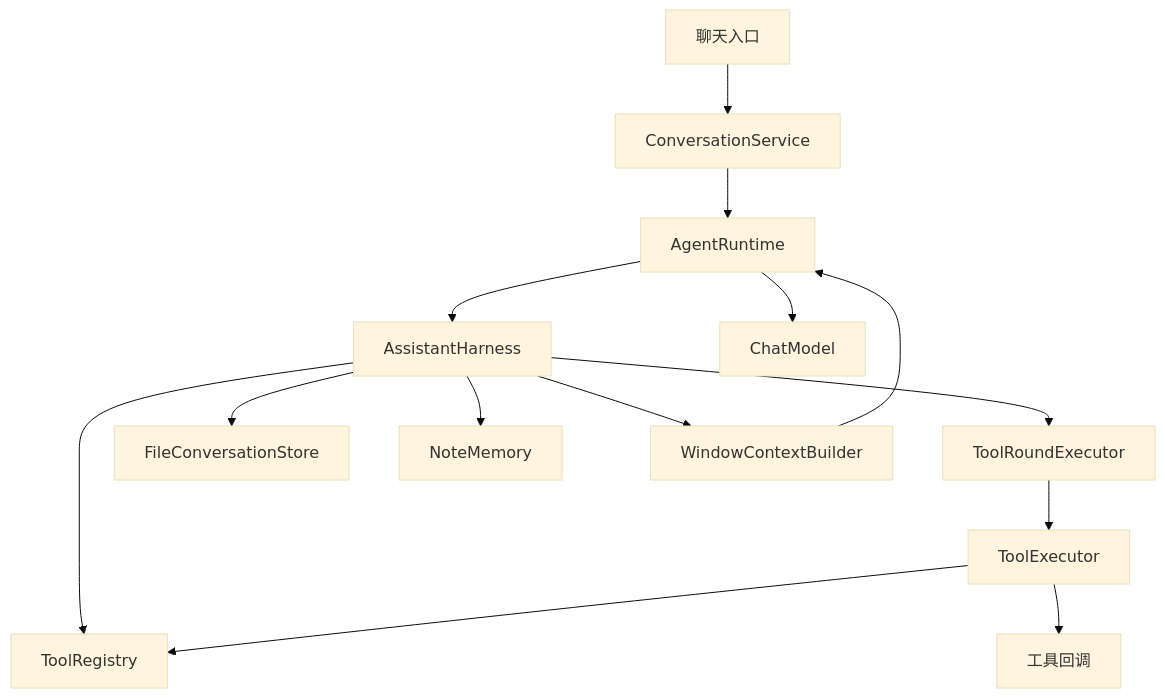
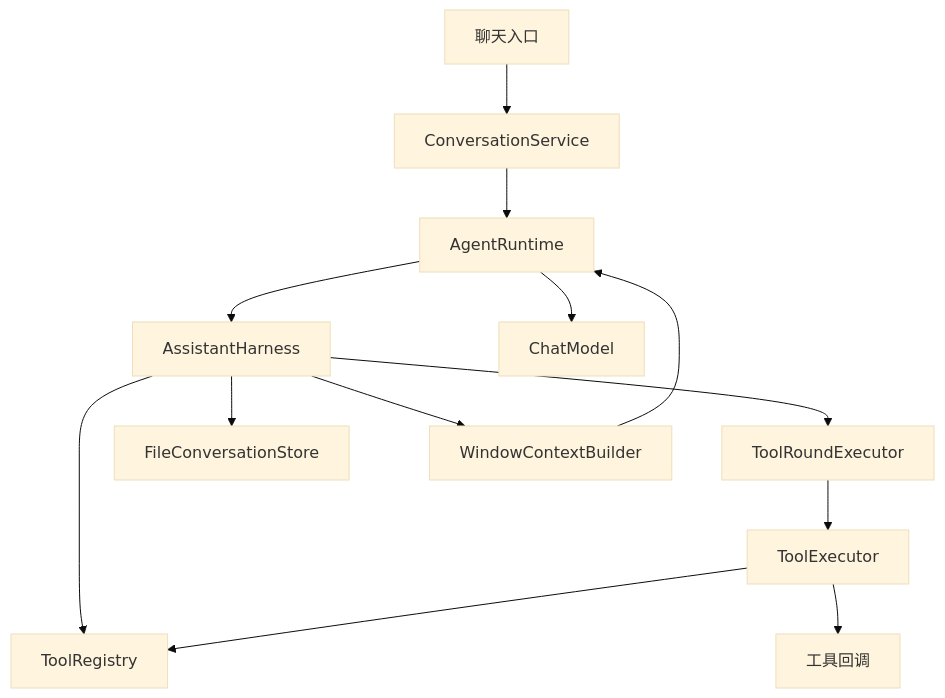
Before and after one commit to DiG-sudo/personal-assistant: the diagram in README.md, drawn with Mermaid (base theme). The commit also changed other lines of this file and 38 other files, not shown here.

````diff
--- a/README.md
+++ b/README.md
@@ -37,16 +37,15 @@
 ```mermaid
 flowchart TD
     A[聊天入口] --> S[ConversationService]
     S --> C[AgentRuntime]
     C --> B[AssistantHarness]
     C --> D[ChatModel]
     B --> E[ToolRoundExecutor]
     B --> T[ToolRegistry]
     E --> X[ToolExecutor]
     X --> T
     X --> F[工具回调]
     B --> G[FileConversationStore]
-    B --> H[NoteMemory]
     B --> I[WindowContextBuilder]
     I --> C
 ```
````
